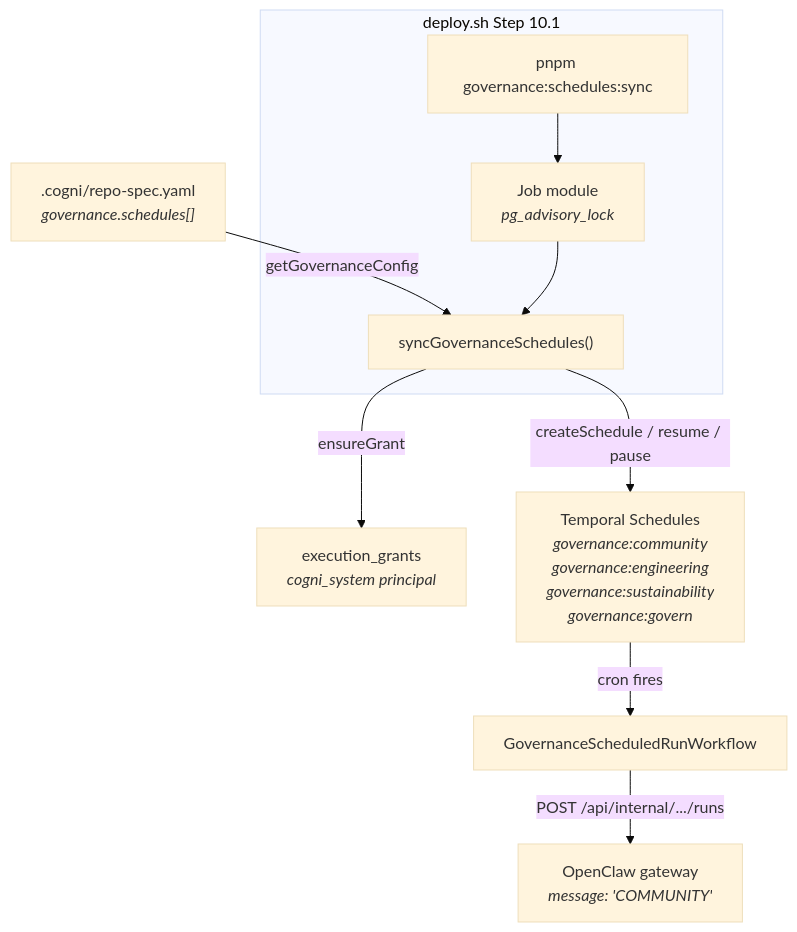
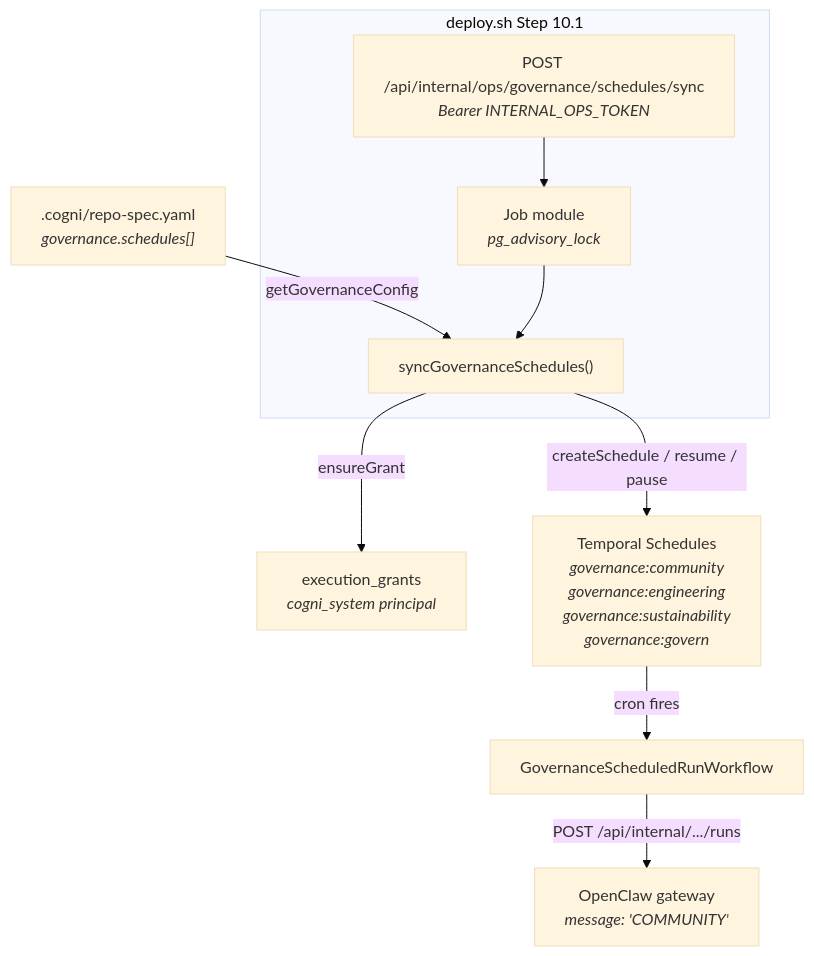
Before and after one commit to Cogni-DAO/node-template: the first of 2 diagrams in docs/spec/governance-scheduling.md, drawn with Mermaid (base theme). The commit also changed other lines of this file and 9 other files, not shown here.

Commit message:
docs(governance): document internal ops sync flow and env requirements

````diff
--- a/docs/spec/governance-scheduling.md
+++ b/docs/spec/governance-scheduling.md
@@ -30,14 +30,14 @@
 ```mermaid
 flowchart TD
     RS[".cogni/repo-spec.yaml<br/><i>governance.schedules[]</i>"] -->|getGovernanceConfig| SYNC
 
     subgraph "deploy.sh Step 10.1"
-        CLI["pnpm governance:schedules:sync"] --> JOB["Job module<br/><i>pg_advisory_lock</i>"]
+        OPS["POST /api/internal/ops/governance/schedules/sync<br/><i>Bearer INTERNAL_OPS_TOKEN</i>"] --> JOB["Job module<br/><i>pg_advisory_lock</i>"]
         JOB --> SYNC["syncGovernanceSchedules()"]
     end
 
     SYNC -->|ensureGrant| GRANT["execution_grants<br/><i>cogni_system principal</i>"]
     SYNC -->|createSchedule / resume / pause| TEMPORAL["Temporal Schedules<br/><i>governance:community</i><br/><i>governance:engineering</i><br/><i>governance:sustainability</i><br/><i>governance:govern</i>"]
     TEMPORAL -->|cron fires| WF["GovernanceScheduledRunWorkflow"]
     WF -->|POST /api/internal/.../runs| GW["OpenClaw gateway<br/><i>message: 'COMMUNITY'</i>"]
 ```
````
